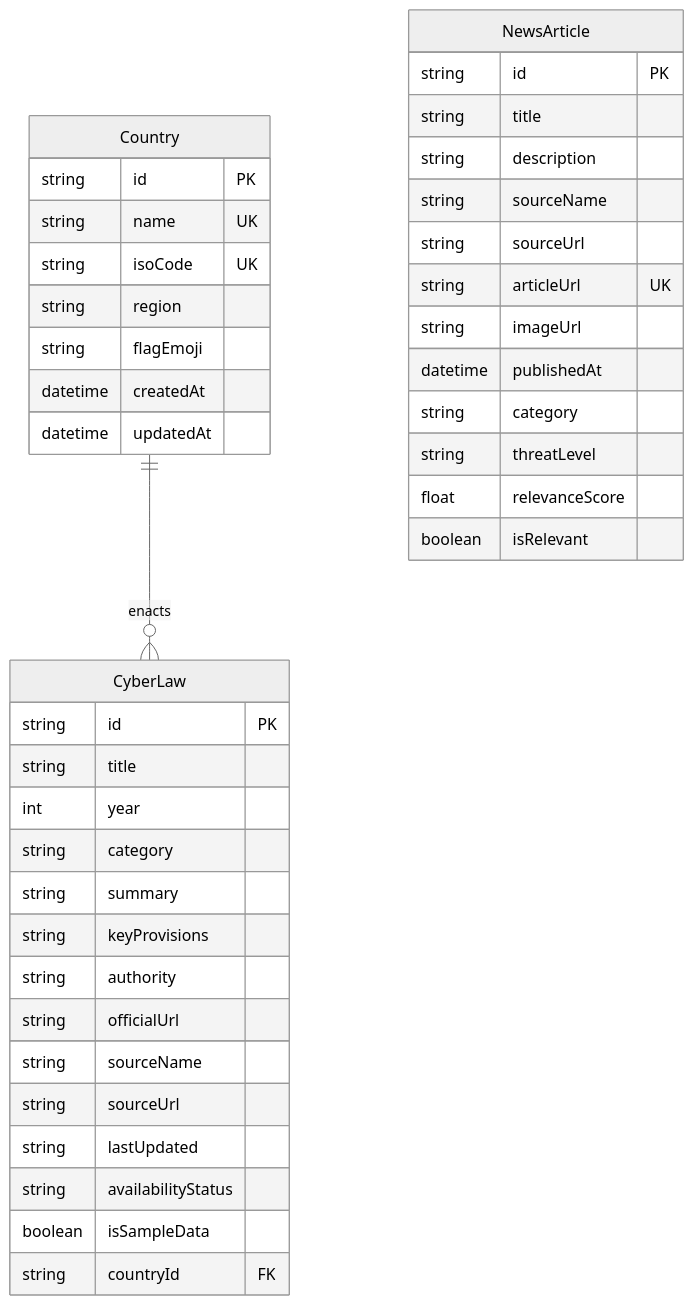
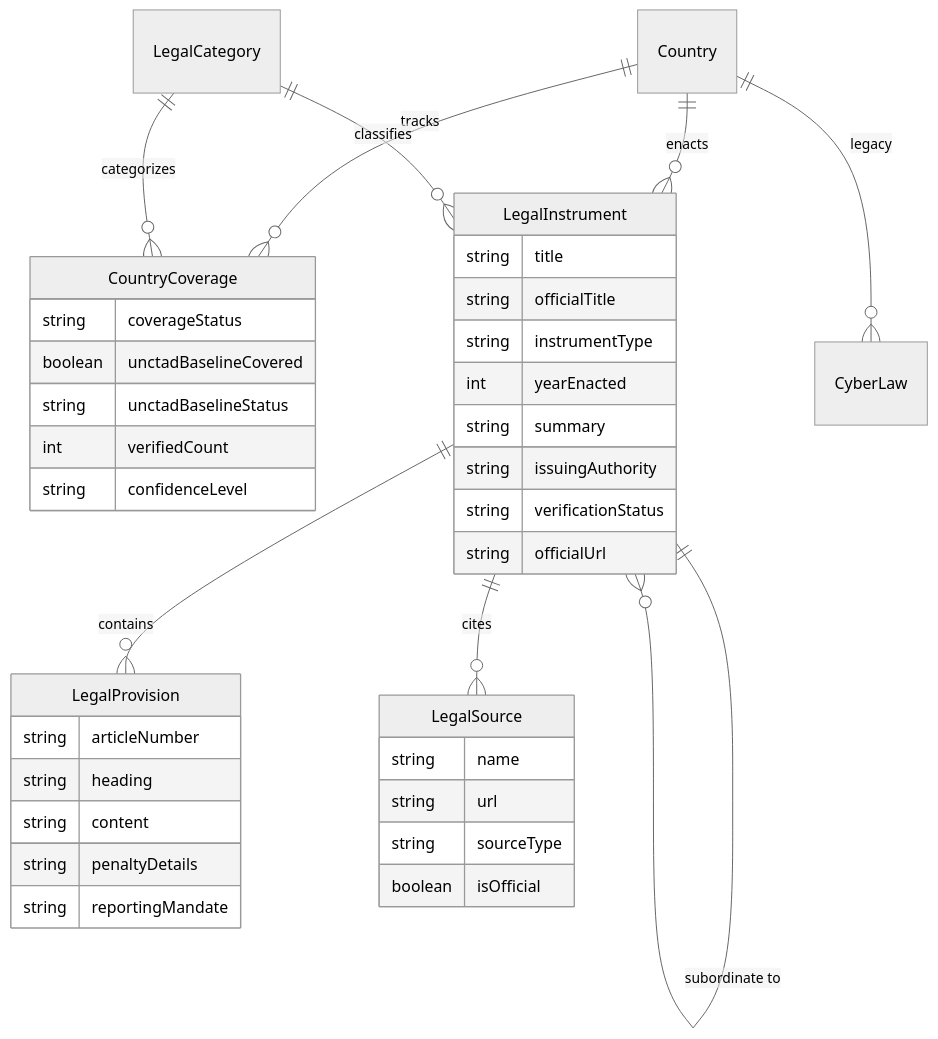
Before and after one commit to dsdaksh-11/Cyber-Atlas: the diagram in README.md, drawn with Mermaid (neutral theme). The commit also changed other lines of this file and 28 other files, not shown here.

Commit message:
feat(data-methodology): redesign legal-data methodology, database hierarchy, and UNCTAD baseline

````diff
--- a/README.md
+++ b/README.md
@@ -161,43 +105,42 @@
 ```mermaid
 erDiagram
-    Country ||--o{ CyberLaw : "enacts"
-    Country {
-        string id PK
-        string name UK
-        string isoCode UK
-        string region
-        string flagEmoji
-        datetime createdAt
-        datetime updatedAt
+    Country ||--o{ CountryCoverage : "tracks"
+    Country ||--o{ LegalInstrument : "enacts"
+    LegalCategory ||--o{ CountryCoverage : "categorizes"
+    LegalCategory ||--o{ LegalInstrument : "classifies"
+    LegalInstrument ||--o{ LegalProvision : "contains"
+    LegalInstrument ||--o{ LegalSource : "cites"
+    LegalInstrument ||--o{ LegalInstrument : "subordinate to"
+    Country ||--o{ CyberLaw : "legacy"
+
+    CountryCoverage {
+        string coverageStatus
+        boolean unctadBaselineCovered
+        string unctadBaselineStatus
+        int verifiedCount
+        string confidenceLevel
     }
-    CyberLaw {
-        string id PK
+    LegalInstrument {
         string title
-        int year
-        string category
+        string officialTitle
+        string instrumentType
+        int yearEnacted
         string summary
-        string keyProvisions
-        string authority
+        string issuingAuthority
+        string verificationStatus
         string officialUrl
-        string sourceName
-        string sourceUrl
-        string lastUpdated
-        string availabilityStatus
-        boolean isSampleData
-        string countryId FK
     }
-    NewsArticle {
-        string id PK
-        string title
-        string description
-        string sourceName
-        string sourceUrl
-        string articleUrl UK
-        string imageUrl
-        datetime publishedAt
-        string category
-        string threatLevel
-        float relevanceScore
-        boolean isRelevant
+    LegalProvision {
+        string articleNumber
+        string heading
+        string content
+        string penaltyDetails
+        string reportingMandate
+    }
+    LegalSource {
+        string name
+        string url
+        string sourceType
+        boolean isOfficial
     }
 ```
````
